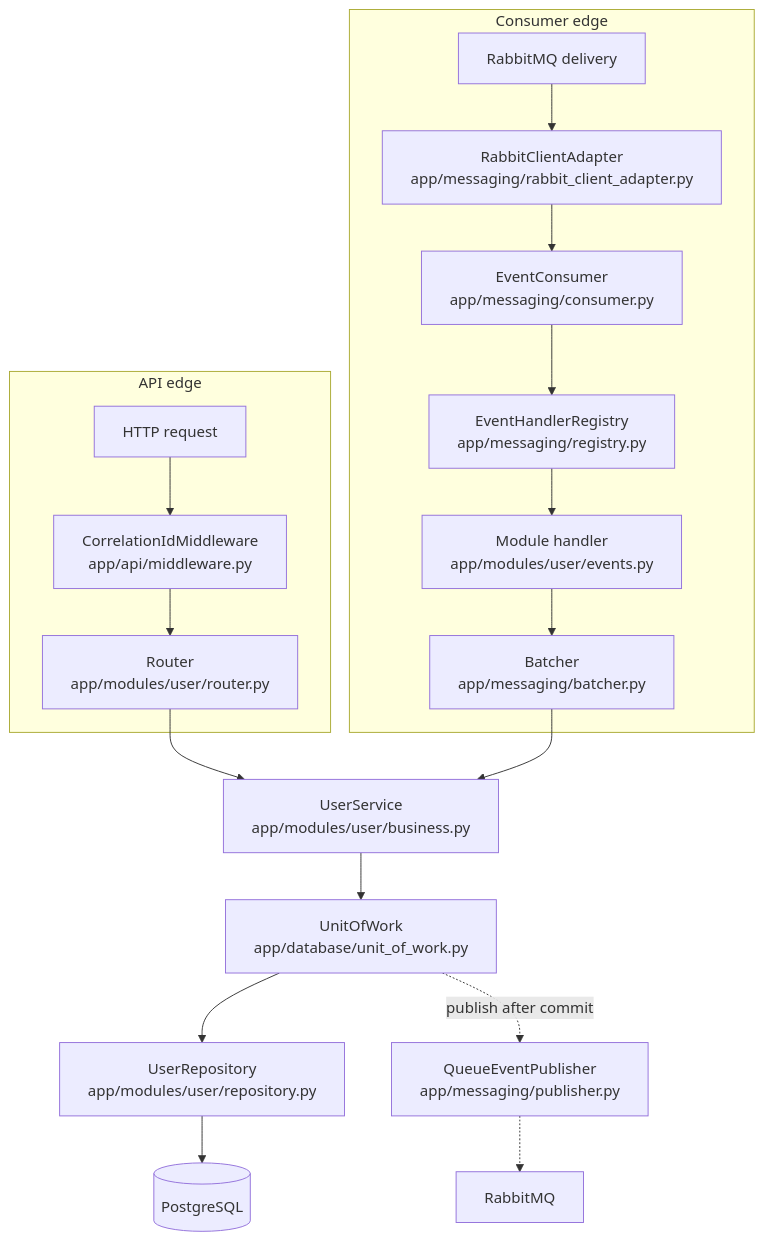
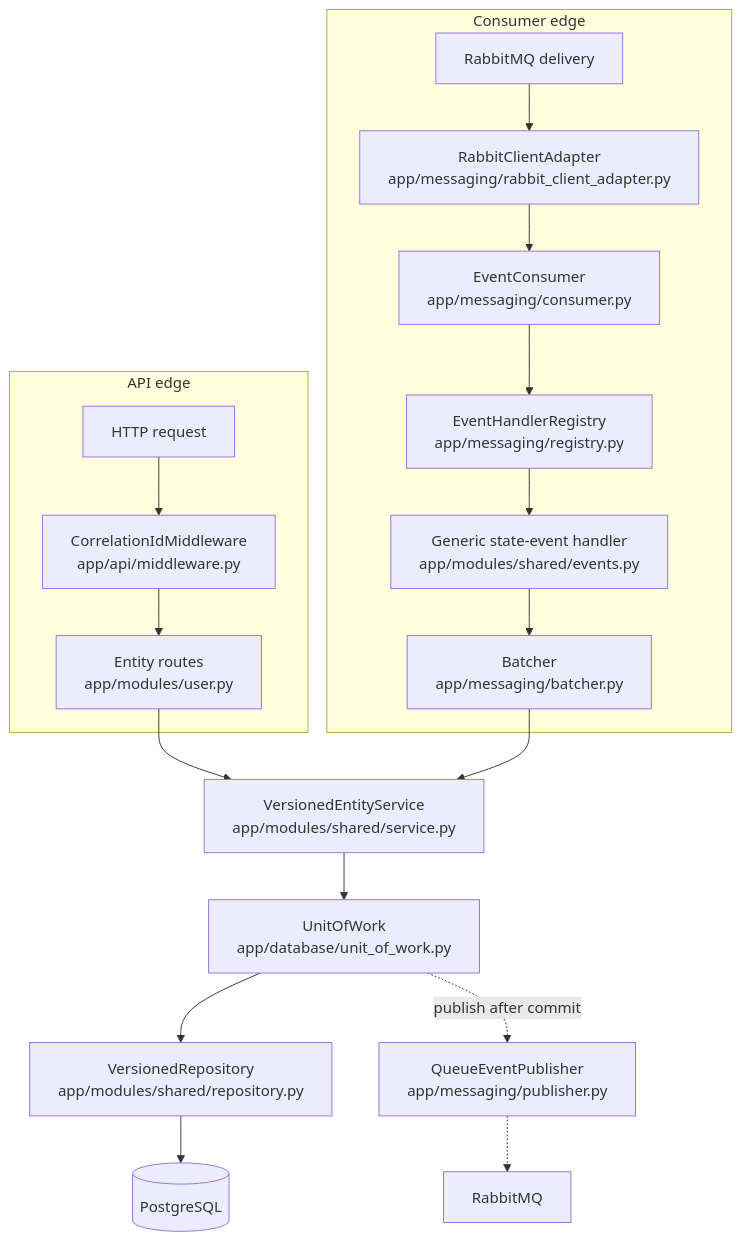
Before and after one commit to kafuexe/RabbitSpeedTest: the first of 2 diagrams in shared_data_service/onboarding/03-architecture-tour.md, drawn with Mermaid. The commit also changed other lines of this file and 8 other files, not shown here.

First line of the commit message:
docs(sds): update onboarding + architecture docs for single-file entity modules and the spec registry

````diff
--- a/shared_data_service/onboarding/03-architecture-tour.md
+++ b/shared_data_service/onboarding/03-architecture-tour.md
@@ -14,21 +14,21 @@
 ```mermaid
 flowchart TB
     subgraph API edge
         H[HTTP request] --> M[CorrelationIdMiddleware<br/>app/api/middleware.py]
-        M --> R[Router<br/>app/modules/user/router.py]
+        M --> R[Entity routes<br/>app/modules/user.py]
     end
     subgraph Consumer edge
         Q[RabbitMQ delivery] --> S[RabbitClientAdapter<br/>app/messaging/rabbit_client_adapter.py]
         S --> C[EventConsumer<br/>app/messaging/consumer.py]
         C --> G[EventHandlerRegistry<br/>app/messaging/registry.py]
-        G --> E[Module handler<br/>app/modules/user/events.py]
+        G --> E[Generic state-event handler<br/>app/modules/shared/events.py]
         E --> B2[Batcher<br/>app/messaging/batcher.py]
     end
-    R --> BUS[UserService<br/>app/modules/user/business.py]
+    R --> BUS[VersionedEntityService<br/>app/modules/shared/service.py]
     B2 --> BUS
     BUS --> U[UnitOfWork<br/>app/database/unit_of_work.py]
-    U --> RP[UserRepository<br/>app/modules/user/repository.py]
+    U --> RP[VersionedRepository<br/>app/modules/shared/repository.py]
     RP --> PG[(PostgreSQL)]
     U -.publish after commit.-> P[QueueEventPublisher<br/>app/messaging/publisher.py]
     P -.-> Q2[RabbitMQ]
 ```
````
